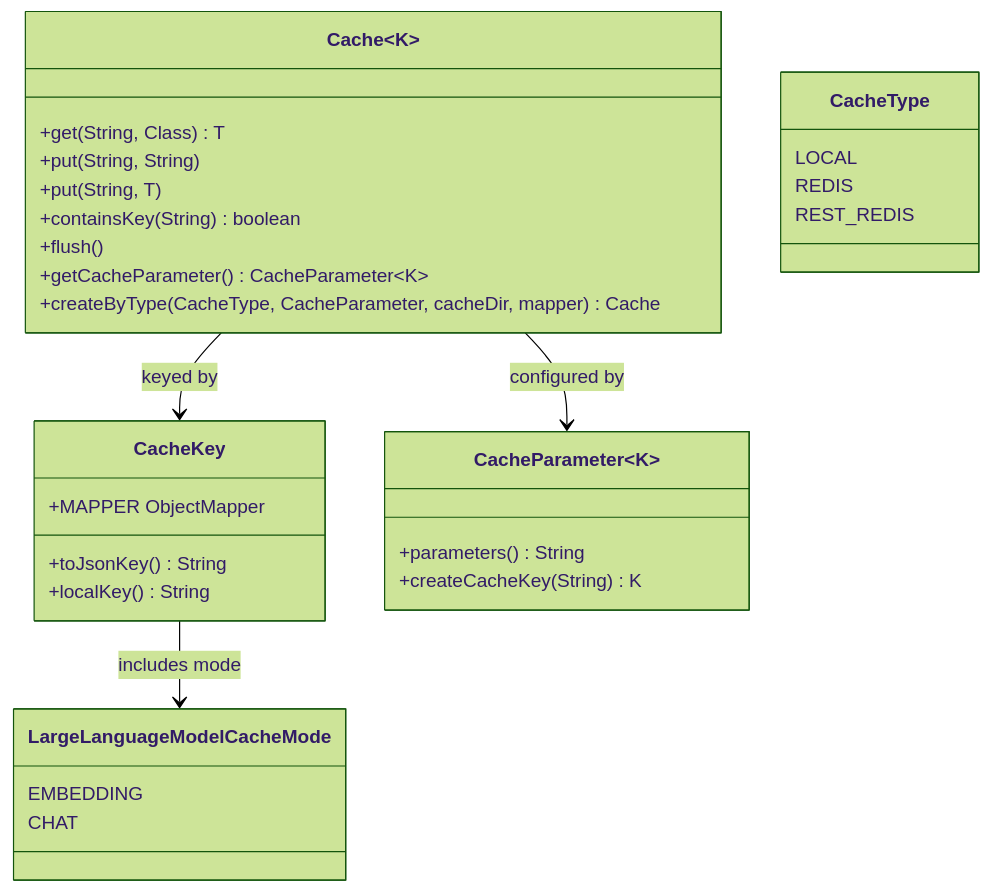
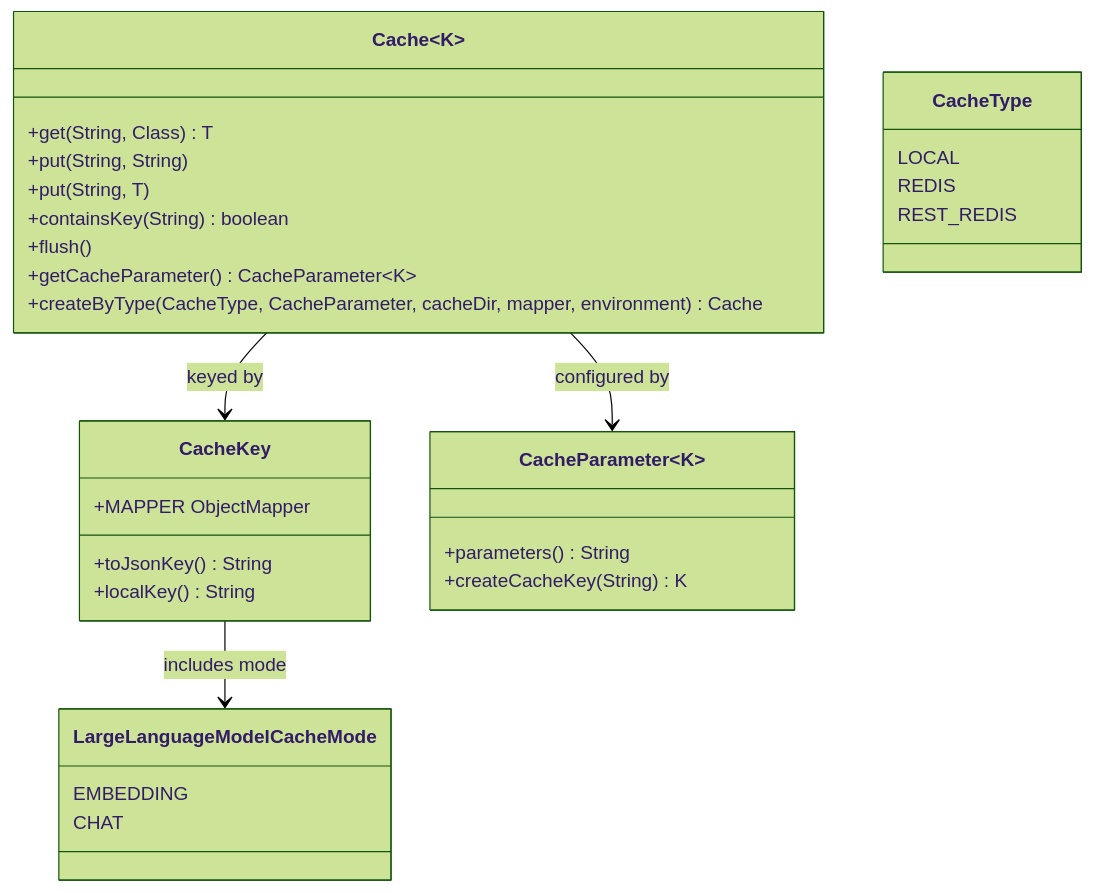
The diagram in openwiki/cache-core.md (ardoco/llm-access), drawn with Mermaid (forest theme) before and after one commit. The commit also changed other lines of this file and 8 other files, not shown here.

````diff
--- a/openwiki/cache-core.md
+++ b/openwiki/cache-core.md
@@ -90,33 +92,33 @@
 ```mermaid
 classDiagram
     class Cache~K~ {
         +get(String, Class) T
         +put(String, String)
         +put(String, T)
         +containsKey(String) boolean
         +flush()
         +getCacheParameter() CacheParameter~K~
-        +createByType(CacheType, CacheParameter, cacheDir, mapper) Cache
+        +createByType(CacheType, CacheParameter, cacheDir, mapper, environment) Cache
     }
     class CacheKey {
         +MAPPER ObjectMapper
         +toJsonKey() String
         +localKey() String
     }
     class CacheParameter~K~ {
         +parameters() String
         +createCacheKey(String) K
     }
     class CacheType {
         LOCAL
         REDIS
         REST_REDIS
     }
     class LargeLanguageModelCacheMode {
         EMBEDDING
         CHAT
     }
     Cache~K~ --> CacheKey : keyed by
     Cache~K~ --> CacheParameter~K~ : configured by
     CacheKey --> LargeLanguageModelCacheMode : includes mode
 ```
````
